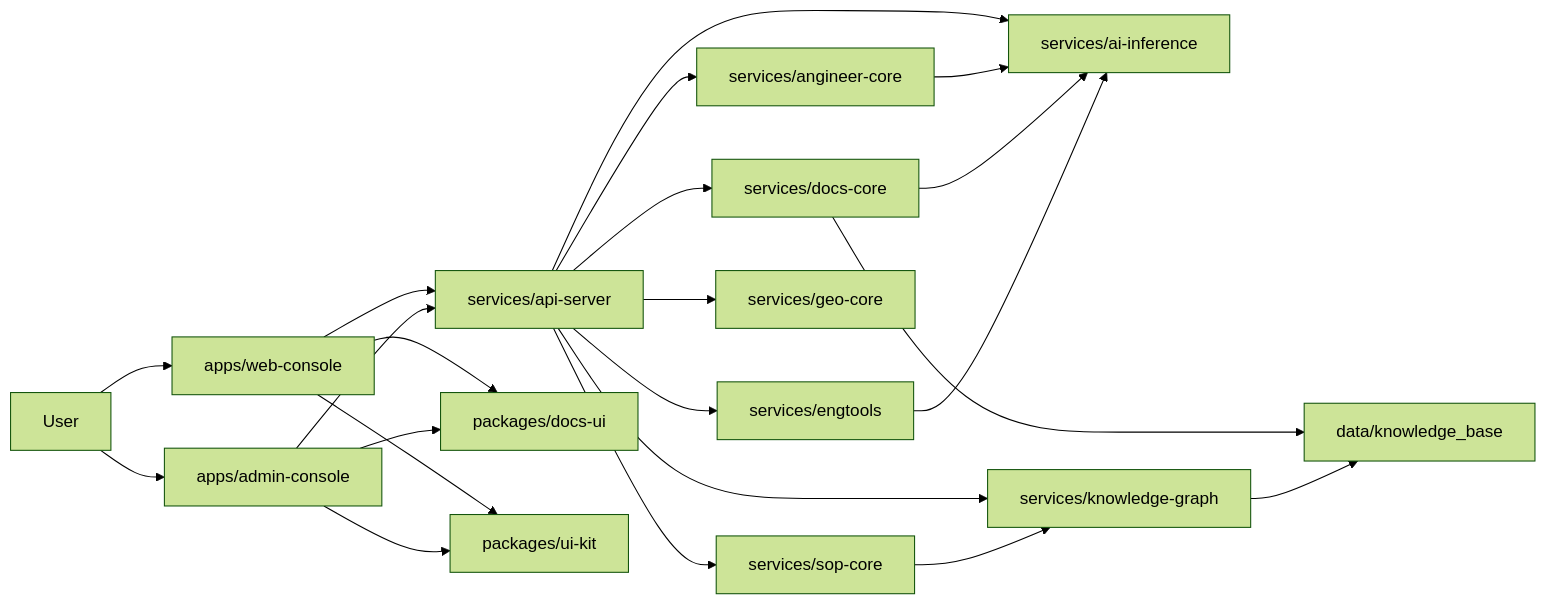
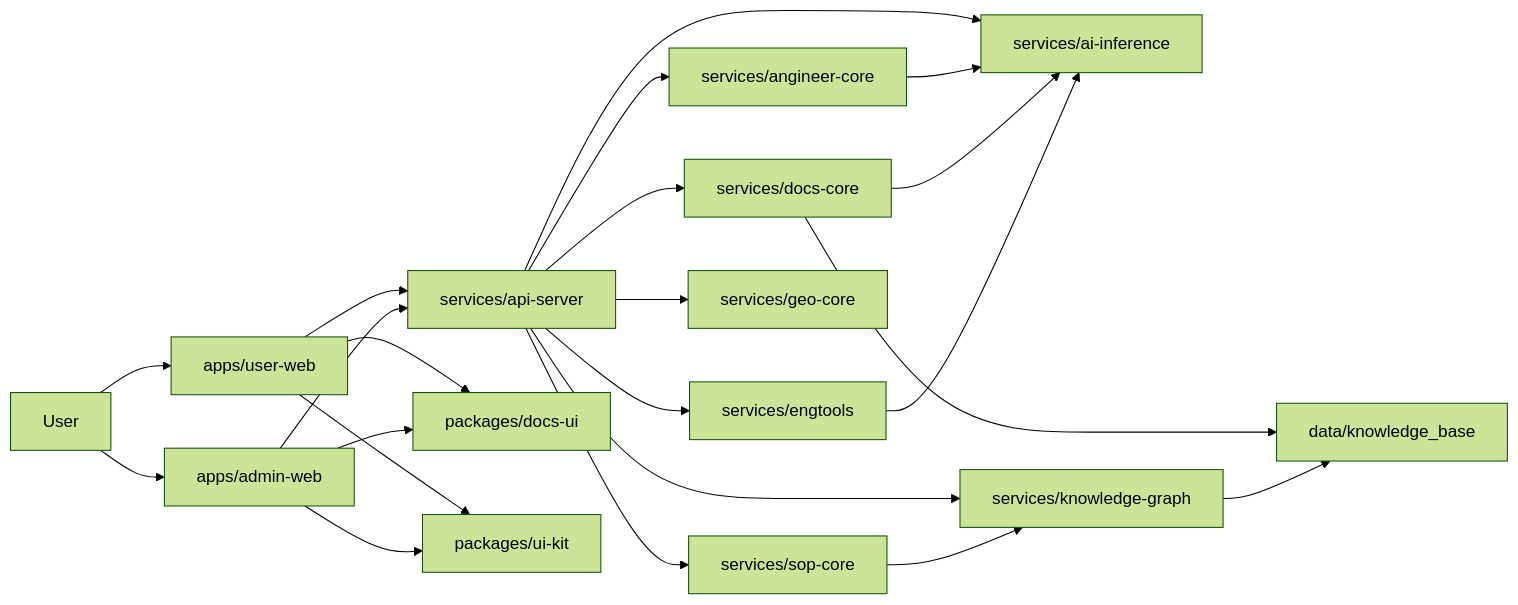
One commit to 0mao0/AnGIneer changed the second of 2 diagrams in README.md. Above: the diagram before and after it, drawn with Mermaid (forest theme). The commit also changed other lines of this file, not shown here.

````diff
--- a/README.md
+++ b/README.md
@@ -319,39 +320,39 @@
 ```mermaid
 flowchart LR
   User["User"]
-  Web["apps/web-console"]
-  Admin["apps/admin-console"]
+  Web["apps/user-web"]
+  Admin["apps/admin-web"]
   Api["services/api-server"]
   DocsUI["packages/docs-ui"]
   UIKit["packages/ui-kit"]
   AI["services/ai-inference"]
   Agent["services/angineer-core"]
   SOP["services/sop-core"]
   KG["services/knowledge-graph"]
   Docs["services/docs-core"]
   Geo["services/geo-core"]
   Tools["services/engtools"]
   Data["data/knowledge_base"]
 
   User --> Web
   User --> Admin
   Web --> DocsUI
   Admin --> DocsUI
   Web --> UIKit
   Admin --> UIKit
   Web --> Api
   Admin --> Api
   Api --> AI
   Api --> Agent
   Api --> SOP
   Api --> KG
   Api --> Docs
   Api --> Geo
   Api --> Tools
   Agent --> AI
   SOP --> KG
   Docs --> AI
   Tools --> AI
   Docs --> Data
   KG --> Data
 ```
````
